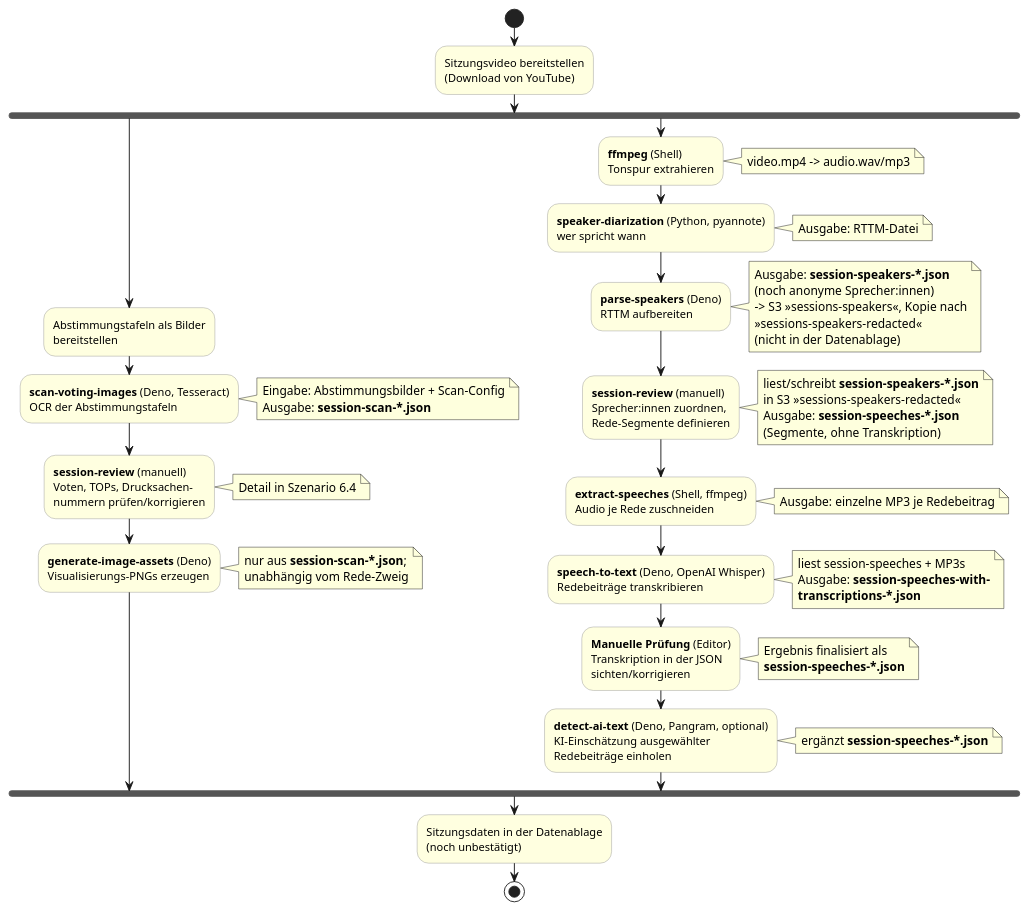
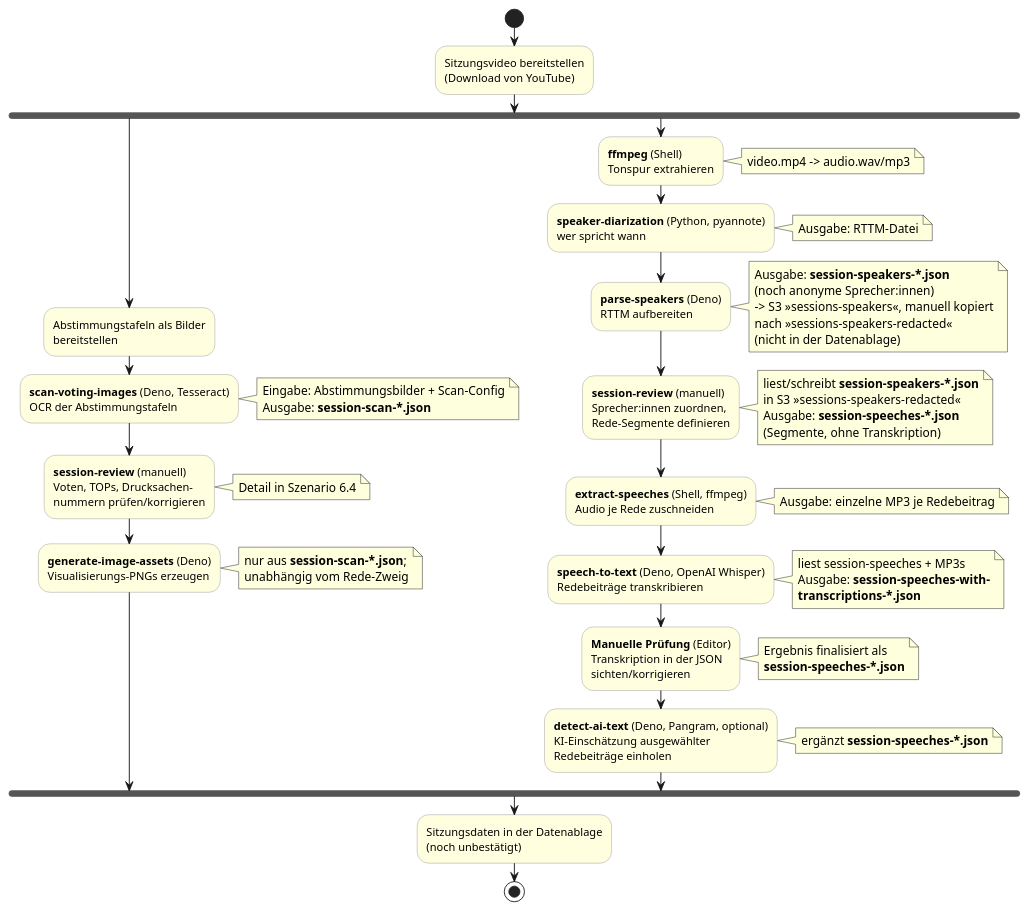
One commit to code-for-magdeburg/StadtratWatch-web changed the diagram in docs/arc42/06-laufzeitsicht/01-sitzungsverarbeitung.adoc. Above: the diagram before and after it, drawn with PlantUML. The commit also changed other lines of this file and 5 other files, not shown here.

```diff
--- a/docs/arc42/06-laufzeitsicht/01-sitzungsverarbeitung.adoc
+++ b/docs/arc42/06-laufzeitsicht/01-sitzungsverarbeitung.adoc
@@ -36,71 +36,71 @@
 [plantuml,lz-sitzungsverarbeitung,svg]
 ....
 @startuml
 skinparam shadowing false
 skinparam activity {
   BackgroundColor #lightyellow
   BorderColor #999999
 }
 
 start
 :Sitzungsvideo bereitstellen\n(Download von YouTube);
 
 fork
   ' --- Abstimmungs-Zweig (OCR) ---
   :Abstimmungstafeln als Bilder\nbereitstellen;
   :**scan-voting-images** (Deno, Tesseract)\nOCR der Abstimmungstafeln;
   note right
     Eingabe: Abstimmungsbilder + Scan-Config
     Ausgabe: **session-scan-*.json**
   end note
   :**session-review** (manuell)\nVoten, TOPs, Drucksachen-\nnummern prüfen/korrigieren;
   note right: Detail in Szenario 6.4
   :**generate-image-assets** (Deno)\nVisualisierungs-PNGs erzeugen;
   note right
     nur aus **session-scan-*.json**;
     unabhängig vom Rede-Zweig
   end note
 fork again
   ' --- Rede-Zweig (Audio) ---
   :**ffmpeg** (Shell)\nTonspur extrahieren;
   note right: video.mp4 -> audio.wav/mp3
   :**speaker-diarization** (Python, pyannote)\nwer spricht wann;
   note right: Ausgabe: RTTM-Datei
   :**parse-speakers** (Deno)\nRTTM aufbereiten;
   note right
     Ausgabe: **session-speakers-*.json**
     (noch anonyme Sprecher:innen)
-    -> S3 »sessions-speakers«, Kopie nach
-    »sessions-speakers-redacted«
+    -> S3 »sessions-speakers«, manuell kopiert
+    nach »sessions-speakers-redacted«
     (nicht in der Datenablage)
   end note
   :**session-review** (manuell)\nSprecher:innen zuordnen,\nRede-Segmente definieren;
   note right
     liest/schreibt **session-speakers-*.json**
     in S3 »sessions-speakers-redacted«
     Ausgabe: **session-speeches-*.json**
     (Segmente, ohne Transkription)
   end note
   :**extract-speeches** (Shell, ffmpeg)\nAudio je Rede zuschneiden;
   note right: Ausgabe: einzelne MP3 je Redebeitrag
   :**speech-to-text** (Deno, OpenAI Whisper)\nRedebeiträge transkribieren;
   note right
     liest session-speeches + MP3s
     Ausgabe: **session-speeches-with-**
     **transcriptions-*.json**
   end note
   :**Manuelle Prüfung** (Editor)\nTranskription in der JSON\nsichten/korrigieren;
   note right
     Ergebnis finalisiert als
     **session-speeches-*.json**
   end note
   :**detect-ai-text** (Deno, Pangram, optional)\nKI-Einschätzung ausgewählter\nRedebeiträge einholen;
   note right
     ergänzt **session-speeches-*.json**
   end note
 end fork
 
 :Sitzungsdaten in der Datenablage\n(noch unbestätigt);
 stop
 @enduml
 ....
```
